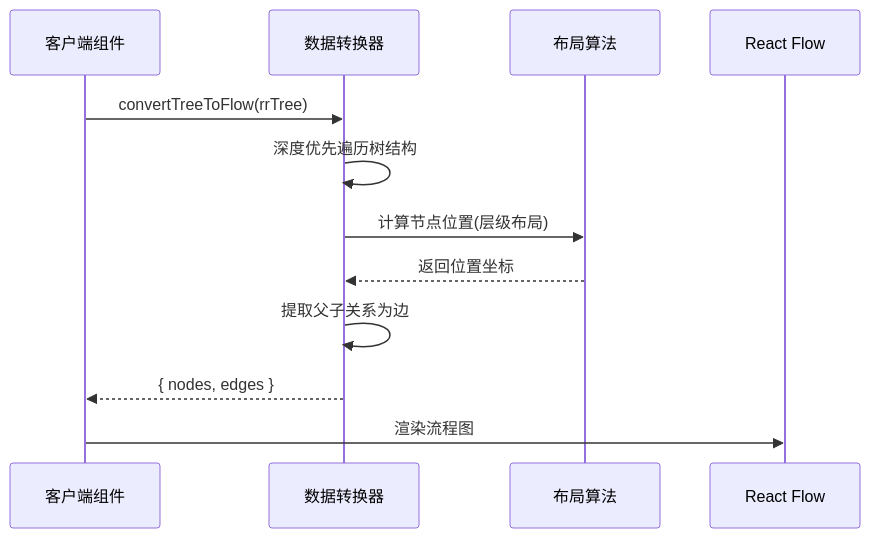
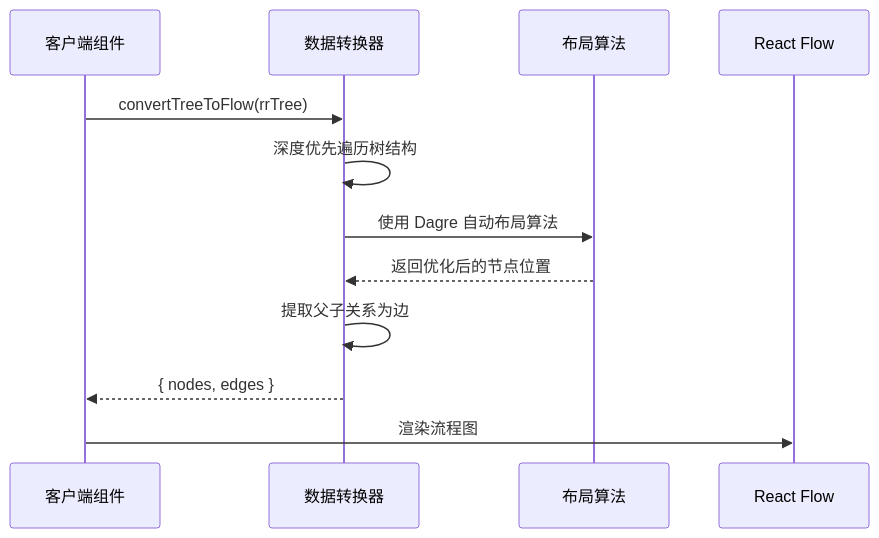
One commit to bignosecss/reverse-roadmap changed the second of 5 diagrams in docs/react-flow-tree-rendering-solution.md. Above: the diagram before and after it, drawn with Mermaid. The commit also changed other lines of this file and 7 other files, not shown here.

Commit message:
fix(flow-content): 重构 useEffect 深层嵌套代码，删除FlowData中的level字段

````diff
--- a/docs/react-flow-tree-rendering-solution.md
+++ b/docs/react-flow-tree-rendering-solution.md
@@ -89,15 +88,15 @@
 ```mermaid
 sequenceDiagram
     participant Client as 客户端组件
     participant Converter as 数据转换器
     participant Layout as 布局算法
     participant ReactFlow as React Flow
 
     Client->>Converter: convertTreeToFlow(rrTree)
     Converter->>Converter: 深度优先遍历树结构
-    Converter->>Layout: 计算节点位置(层级布局)
-    Layout-->>Converter: 返回位置坐标
+    Converter->>Layout: 使用 Dagre 自动布局算法
+    Layout-->>Converter: 返回优化后的节点位置
     Converter->>Converter: 提取父子关系为边
     Converter-->>Client: { nodes, edges }
     Client->>ReactFlow: 渲染流程图
 ```
````
